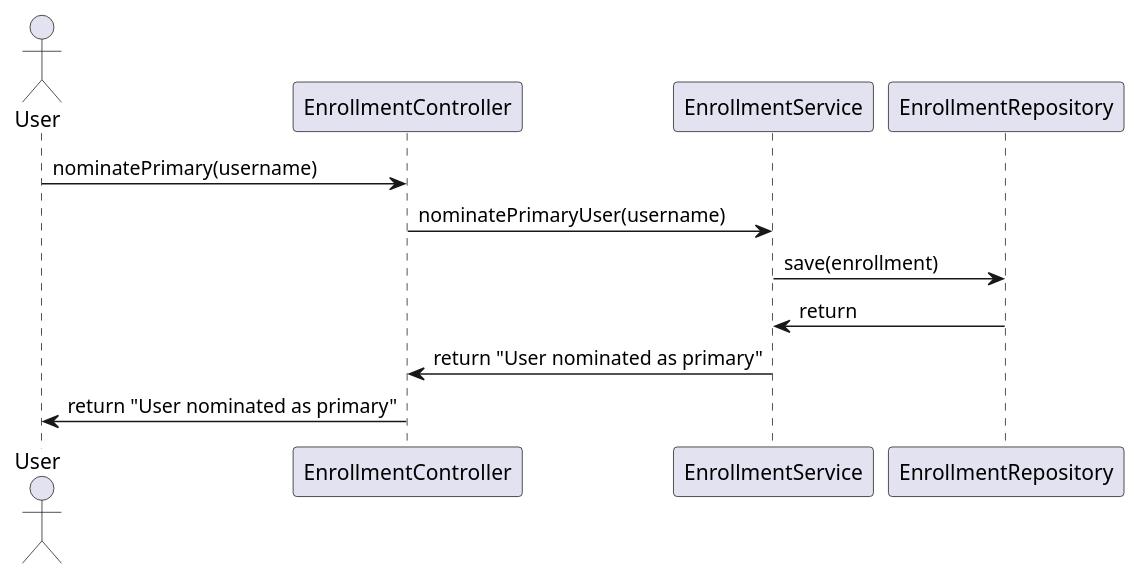
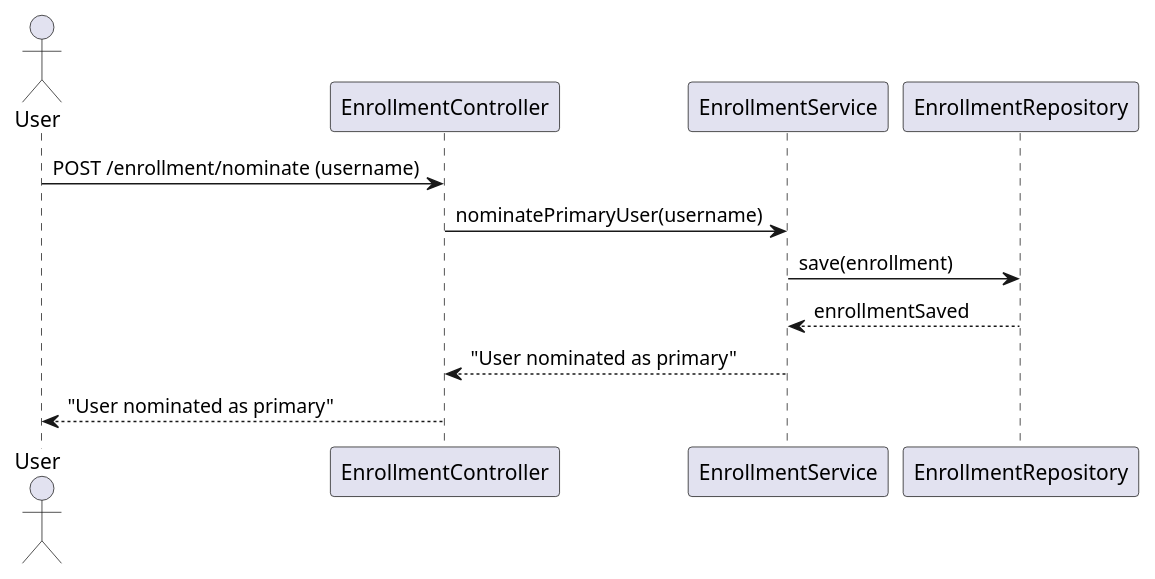
The first of 4 diagrams in enrollment/documentation/detaileddesign.adoc (Dinesh-s95/AutoDoc.ai), drawn with PlantUML before and after one commit. The commit also changed other lines of this file and 4 other files, not shown here.

```diff
--- a/enrollment/documentation/detaileddesign.adoc
+++ b/enrollment/documentation/detaileddesign.adoc
@@ -189,16 +182,16 @@
 [plantuml, user-registration-sequence, png]
 ----
 @startuml
-actor User as user
-participant "EnrollmentController" as controller
-participant "EnrollmentService" as service
-participant "EnrollmentRepository" as repo
+actor User
+participant "EnrollmentController" as Controller
+participant "EnrollmentService" as Service
+participant "EnrollmentRepository" as Repository
 
-user -> controller : nominatePrimary(username)
-controller -> service : nominatePrimaryUser(username)
-service -> repo : save(enrollment)
-repo -> service : return
-service -> controller : return "User nominated as primary"
-controller -> user : return "User nominated as primary"
+User -> Controller : POST /enrollment/nominate (username)
+Controller -> Service : nominatePrimaryUser(username)
+Service -> Repository : save(enrollment)
+Repository --> Service : enrollmentSaved
+Service --> Controller : "User nominated as primary"
+Controller --> User : "User nominated as primary"
 @enduml
 ----
```
